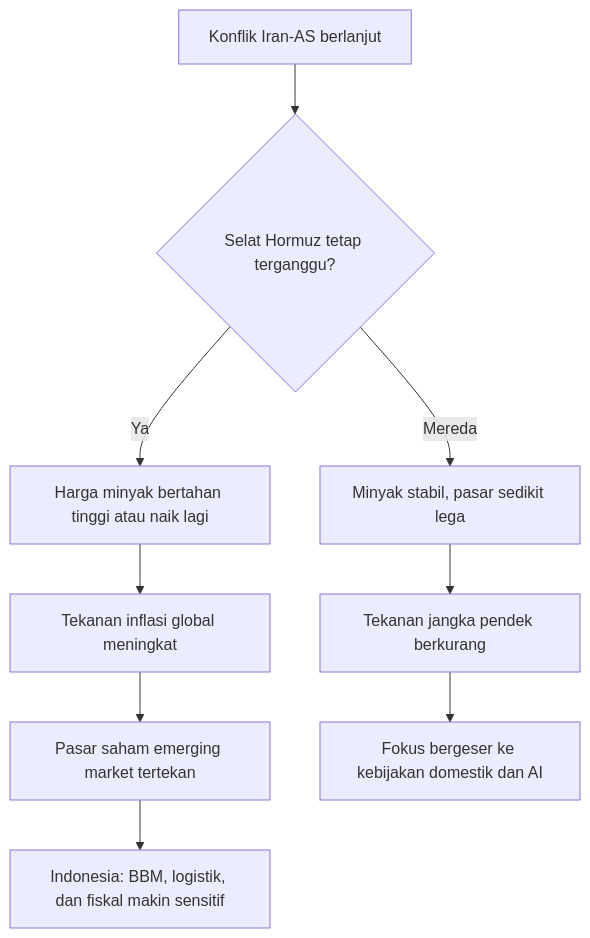
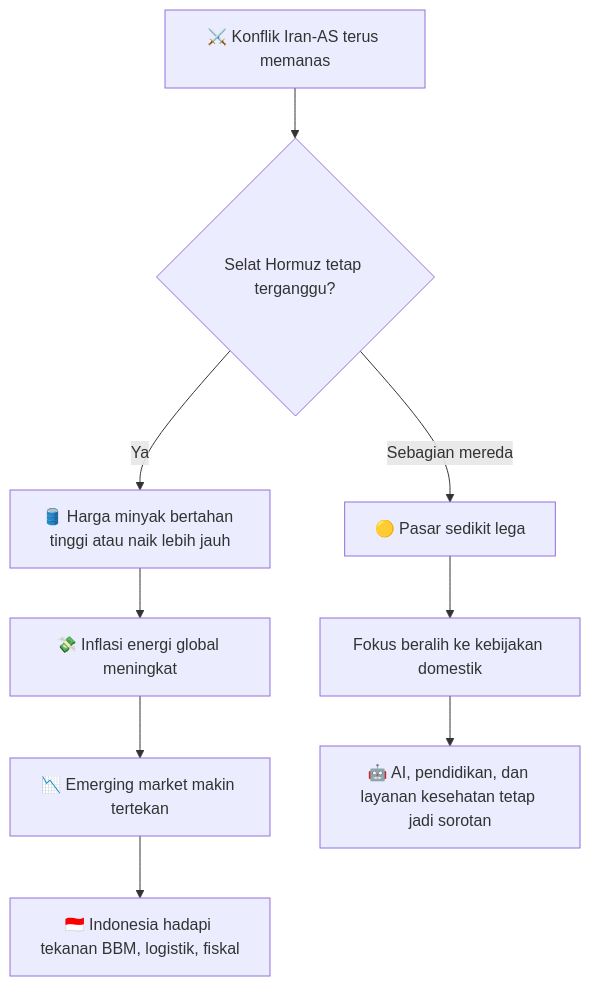
Before and after one commit to dwirx/BangunAI-Blog: the diagram in src/content/daily/2026-03-14.mdx, drawn with Mermaid. The commit also changed other lines of this file, not shown here.

Commit message:
Enhance: Daily brief 2026-03-14 lebih naratif dan mendalam

````diff
--- a/src/content/daily/2026-03-14.mdx
+++ b/src/content/daily/2026-03-14.mdx
@@ -164,12 +185,12 @@
 ```mermaid
 flowchart TD
-    A["Konflik Iran-AS berlanjut"] --> B{"Selat Hormuz tetap terganggu?"}
-    B -->|Ya| C["Harga minyak bertahan tinggi atau naik lagi"]
-    C --> D["Tekanan inflasi global meningkat"]
-    D --> E["Pasar saham emerging market tertekan"]
-    E --> F["Indonesia: BBM, logistik, dan fiskal makin sensitif"]
+    A["⚔️ Konflik Iran-AS terus memanas"] --> B{"Selat Hormuz tetap terganggu?"}
+    B -->|Ya| C["🛢️ Harga minyak bertahan tinggi atau naik lebih jauh"]
+    C --> D["💸 Inflasi energi global meningkat"]
+    D --> E["📉 Emerging market makin tertekan"]
+    E --> F["🇮🇩 Indonesia hadapi tekanan BBM, logistik, fiskal"]
 
-    B -->|Mereda| G["Minyak stabil, pasar sedikit lega"]
-    G --> H["Tekanan jangka pendek berkurang"]
-    H --> I["Fokus bergeser ke kebijakan domestik dan AI"]
+    B -->|Sebagian mereda| G["🟡 Pasar sedikit lega"]
+    G --> H["Fokus beralih ke kebijakan domestik"]
+    H --> I["🤖 AI, pendidikan, dan layanan kesehatan tetap jadi sorotan"]
 ```
````
